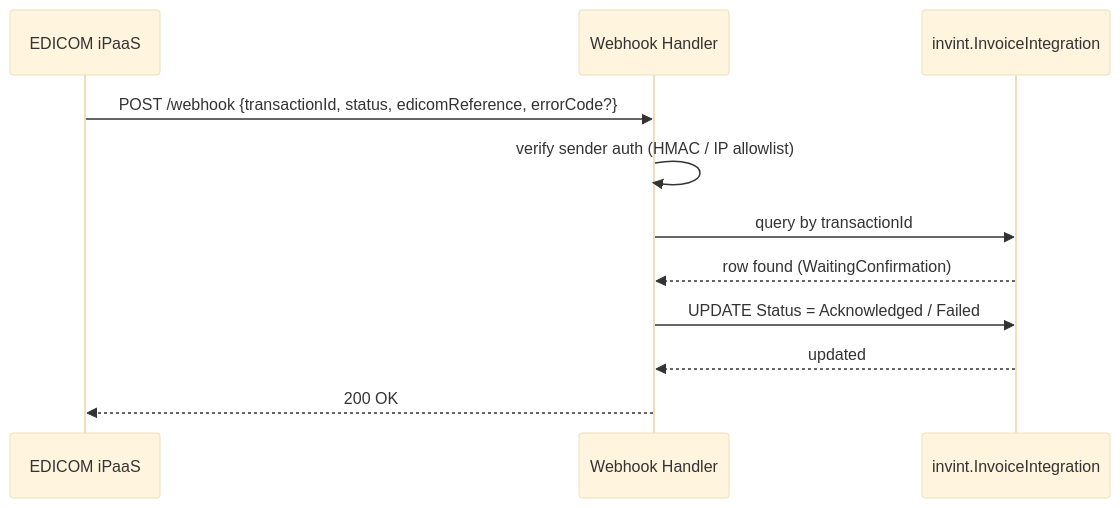
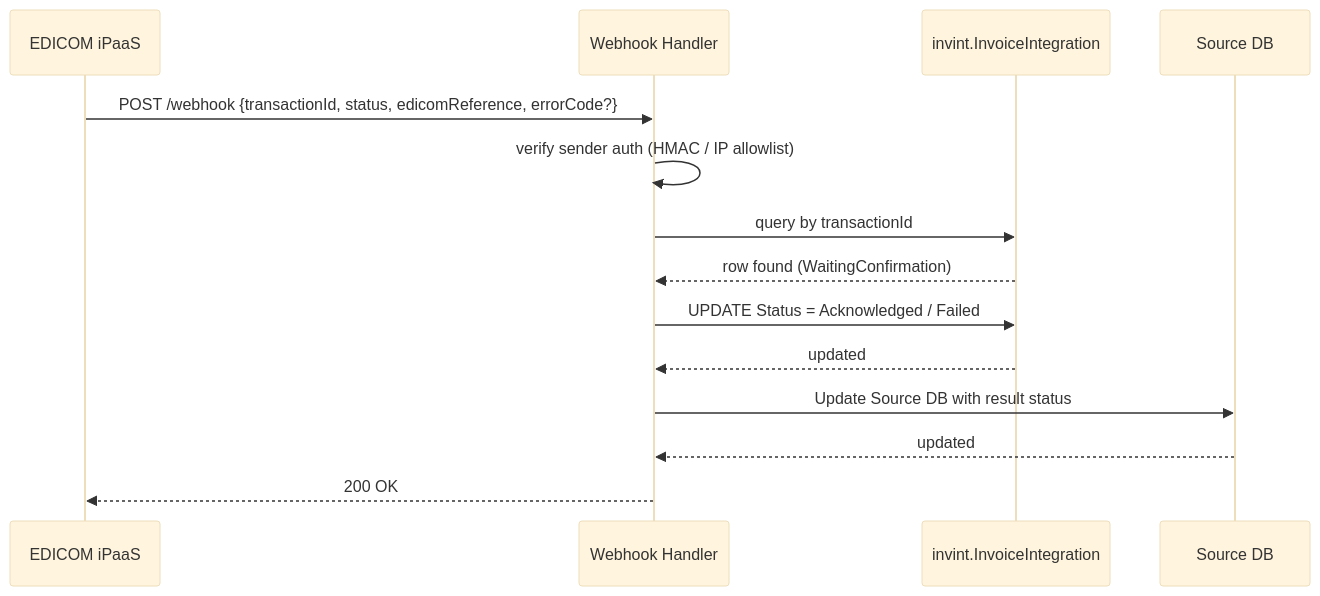
Before and after one commit to ctorresunimag95/Designs: the fifth of 6 diagrams in InvoiceIntegrator/ARCHITECTURE-OPTIONS.md, drawn with Mermaid (base theme). The commit also changed other lines of this file and 2 other files, not shown here.

````diff
--- a/InvoiceIntegrator/ARCHITECTURE-OPTIONS.md
+++ b/InvoiceIntegrator/ARCHITECTURE-OPTIONS.md
@@ -192,14 +192,17 @@
 ```mermaid
 sequenceDiagram
   participant Edicom as EDICOM iPaaS
   participant WH as Webhook Handler
   participant IntDB as invint.InvoiceIntegration
+  participant SrcDB as Source DB
 
   Edicom->>WH: POST /webhook {transactionId, status, edicomReference, errorCode?}
   WH->>WH: verify sender auth (HMAC / IP allowlist)
   WH->>IntDB: query by transactionId
   IntDB-->>WH: row found (WaitingConfirmation)
   WH->>IntDB: UPDATE Status = Acknowledged / Failed
   IntDB-->>WH: updated
+  WH->>SrcDB: Update Source DB with result status
+  SrcDB-->>WH: updated
   WH-->>Edicom: 200 OK
 ```
````
